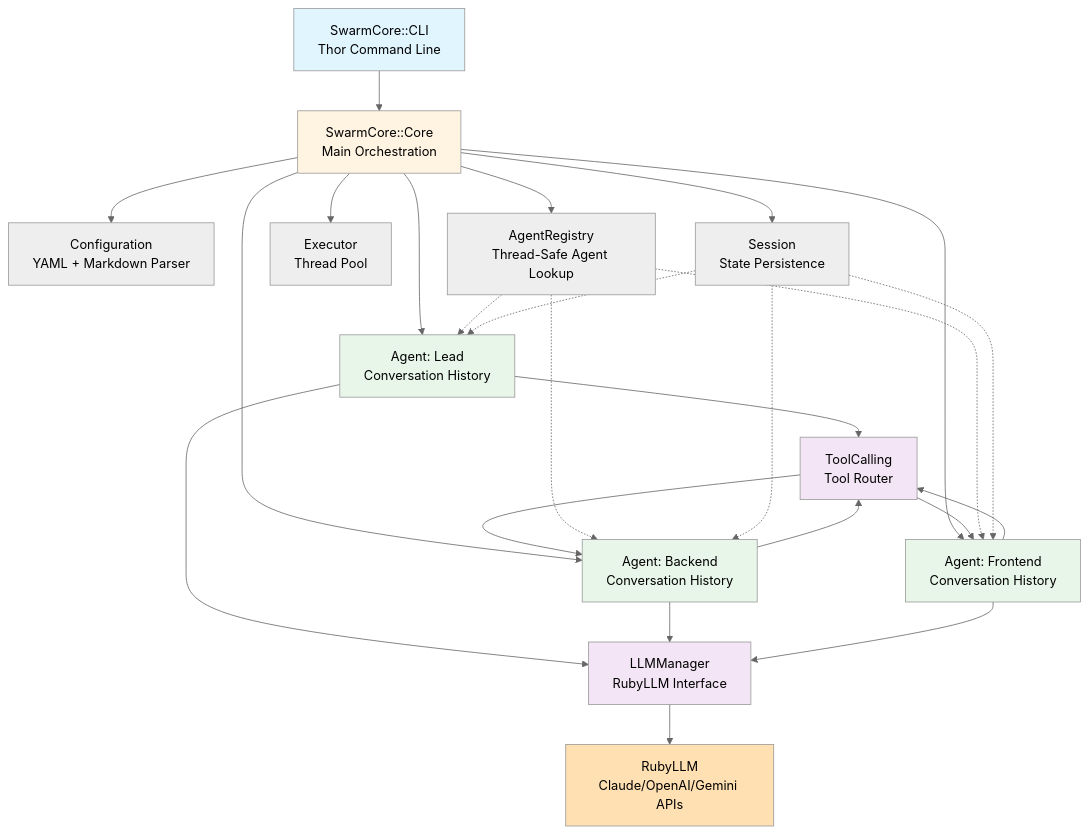
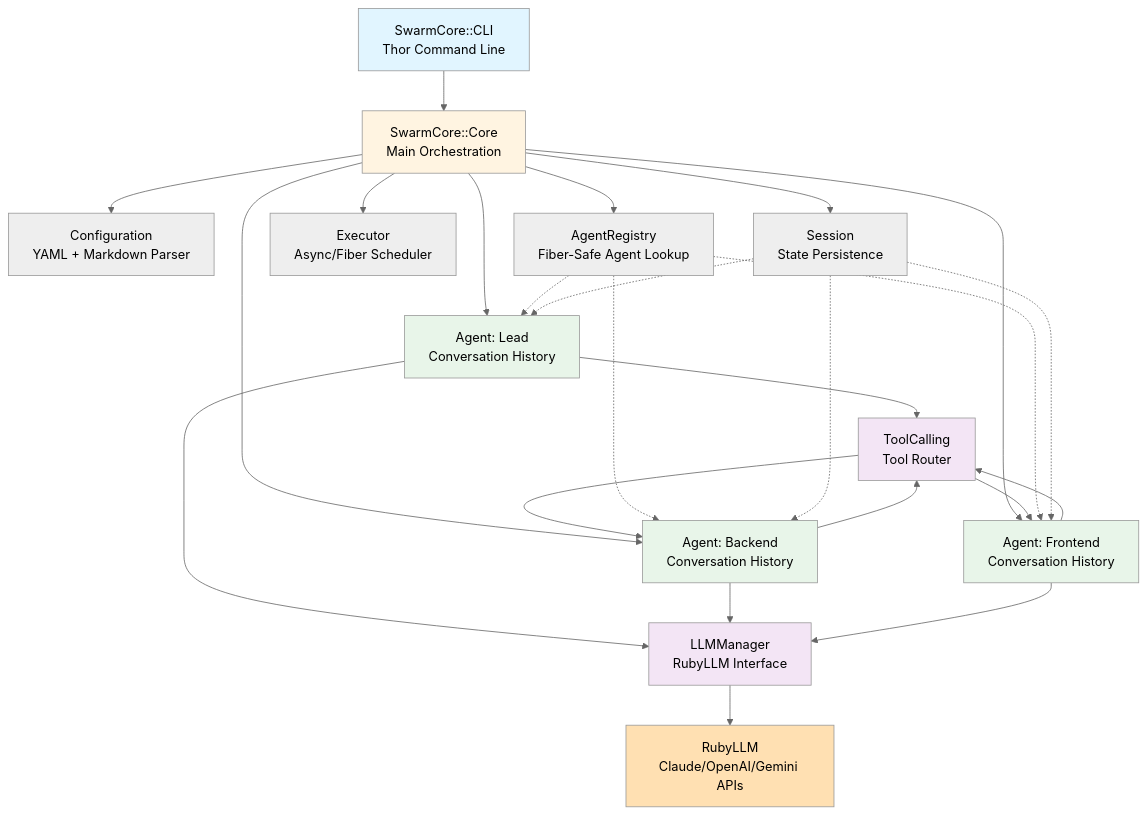
One commit to parruda/claude-swarm changed the first of 9 diagrams in docs/swarm_core_architecture.md. Above: the diagram before and after it, drawn with Mermaid (neutral theme). The commit also changed other lines of this file and 7 other files, not shown here.

First line of the commit message:
Migrate SwarmCore to async/fiber architecture with RubyLLM native support

````diff
--- a/docs/swarm_core_architecture.md
+++ b/docs/swarm_core_architecture.md
@@ -82,58 +83,58 @@
 ```mermaid
 graph TB
     CLI[SwarmCore::CLI<br/>Thor Command Line]
     Core[SwarmCore::Core<br/>Main Orchestration]
     Config[Configuration<br/>YAML + Markdown Parser]
-    Registry[AgentRegistry<br/>Thread-Safe Agent Lookup]
-    Executor[Executor<br/>Thread Pool]
+    Registry[AgentRegistry<br/>Fiber-Safe Agent Lookup]
+    Executor[Executor<br/>Async/Fiber Scheduler]
     Session[Session<br/>State Persistence]
 
     Agent1[Agent: Lead<br/>Conversation History]
     Agent2[Agent: Backend<br/>Conversation History]
     Agent3[Agent: Frontend<br/>Conversation History]
 
     LLM[LLMManager<br/>RubyLLM Interface]
     Tools[ToolCalling<br/>Tool Router]
 
     RubyLLM[RubyLLM<br/>Claude/OpenAI/Gemini APIs]
 
     CLI --> Core
     Core --> Config
     Core --> Registry
     Core --> Executor
     Core --> Session
 
     Core --> Agent1
     Core --> Agent2
     Core --> Agent3
 
     Agent1 --> LLM
     Agent2 --> LLM
     Agent3 --> LLM
 
     Agent1 --> Tools
     Agent2 --> Tools
     Agent3 --> Tools
 
     LLM --> RubyLLM
 
     Tools --> Agent2
     Tools --> Agent3
 
     Registry -.-> Agent1
     Registry -.-> Agent2
     Registry -.-> Agent3
 
     Session -.-> Agent1
     Session -.-> Agent2
     Session -.-> Agent3
 
     style CLI fill:#e1f5ff
     style Core fill:#fff4e1
     style Agent1 fill:#e8f5e9
     style Agent2 fill:#e8f5e9
     style Agent3 fill:#e8f5e9
     style LLM fill:#f3e5f5
     style Tools fill:#f3e5f5
     style RubyLLM fill:#ffe0b2
 ```
````
